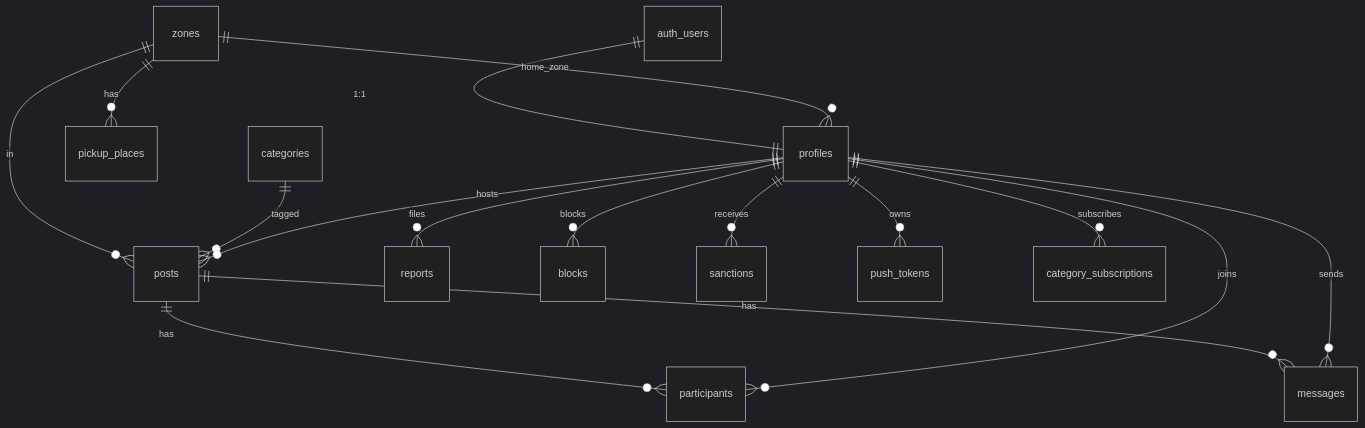
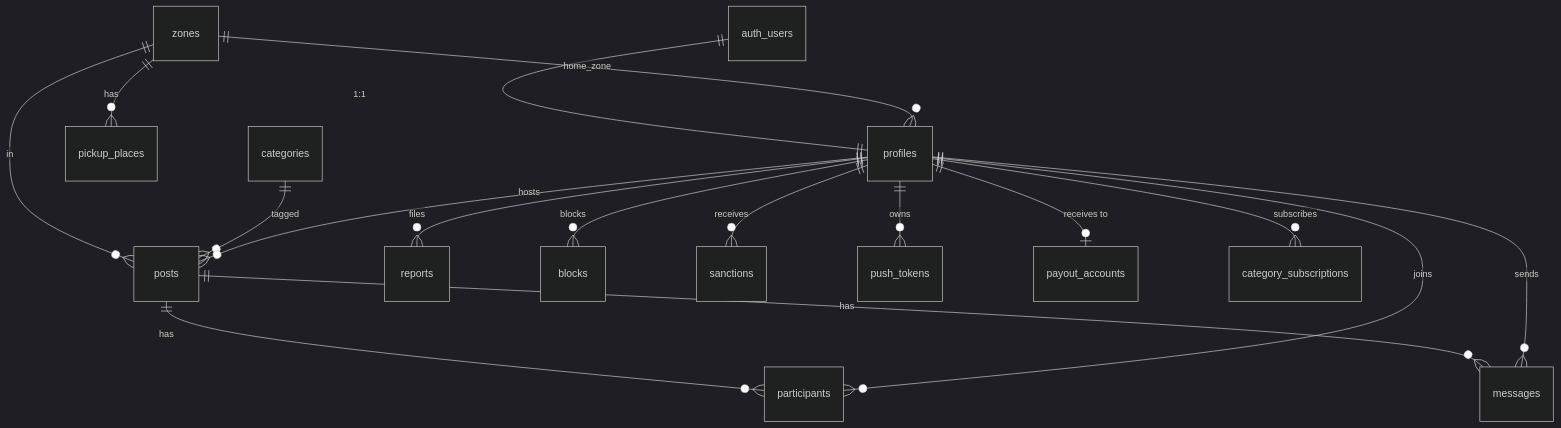
The second of 2 diagrams in docs/아키텍처.md (kimking73/postech-delivery-mate), drawn with Mermaid (dark theme) before and after one commit. The commit also changed other lines of this file and 8 other files, not shown here.

````diff
--- a/docs/아키텍처.md
+++ b/docs/아키텍처.md
@@ -71,18 +72,19 @@
 ```mermaid
 erDiagram
   auth_users ||--|| profiles : "1:1"
   zones ||--o{ pickup_places : has
   zones ||--o{ profiles : "home_zone"
   zones ||--o{ posts : in
   categories ||--o{ posts : tagged
   profiles ||--o{ posts : hosts
   posts ||--o{ participants : has
   profiles ||--o{ participants : joins
   posts ||--o{ messages : has
   profiles ||--o{ messages : sends
   profiles ||--o{ reports : files
   profiles ||--o{ blocks : blocks
   profiles ||--o{ sanctions : receives
   profiles ||--o{ push_tokens : owns
+  profiles ||--o| payout_accounts : "receives to"
   profiles ||--o{ category_subscriptions : subscribes
 ```
````
